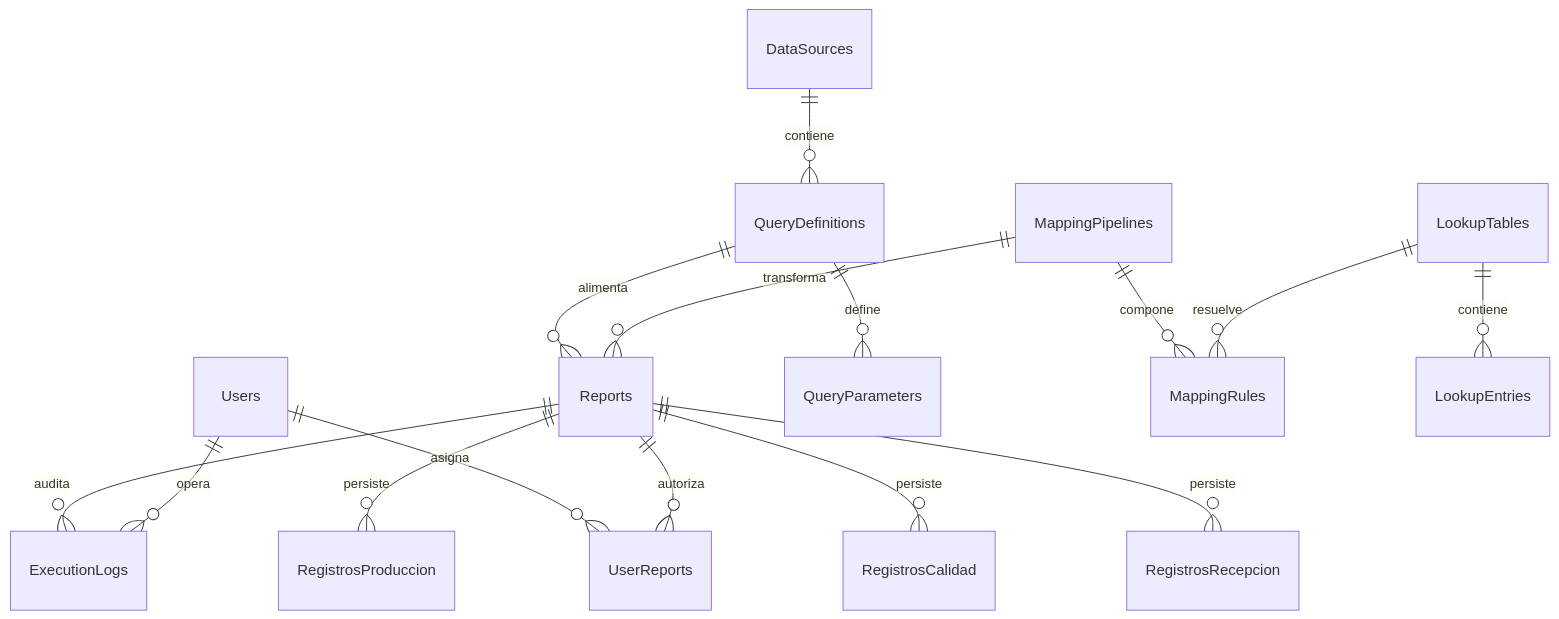
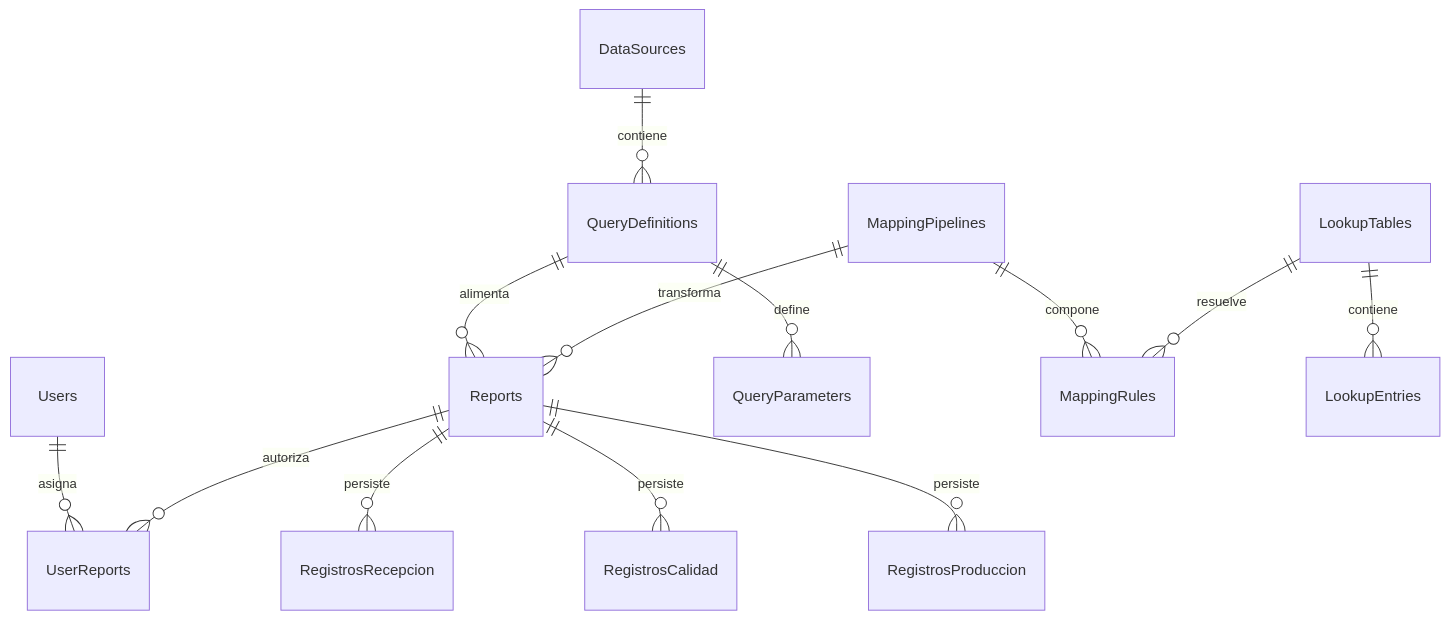
One commit to Gonzaloandres1996/Homologador changed the second of 3 diagrams in README.md. Above: the diagram before and after it, drawn with Mermaid. The commit also changed other lines of this file and 11 other files, not shown here.

````diff
--- a/README.md
+++ b/README.md
@@ -84,17 +88,17 @@
 ```mermaid
 erDiagram
     Users ||--o{ UserReports : "asigna"
     Reports ||--o{ UserReports : "autoriza"
     DataSources ||--o{ QueryDefinitions : "contiene"
     QueryDefinitions ||--o{ QueryParameters : "define"
     QueryDefinitions ||--o{ Reports : "alimenta"
     MappingPipelines ||--o{ MappingRules : "compone"
     MappingPipelines ||--o{ Reports : "transforma"
     LookupTables ||--o{ LookupEntries : "contiene"
     LookupTables ||--o{ MappingRules : "resuelve"
     Reports ||--o{ RegistrosRecepcion : "persiste"
     Reports ||--o{ RegistrosCalidad : "persiste"
     Reports ||--o{ RegistrosProduccion : "persiste"
-    Reports ||--o{ ExecutionLogs : "audita"
-    Users ||--o{ ExecutionLogs : "opera"
+
+
 ```
````
